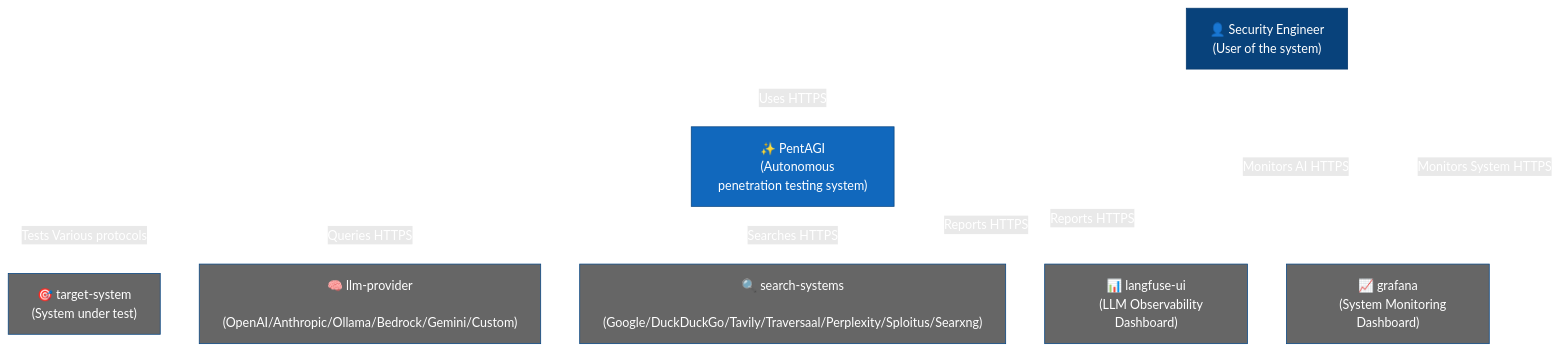
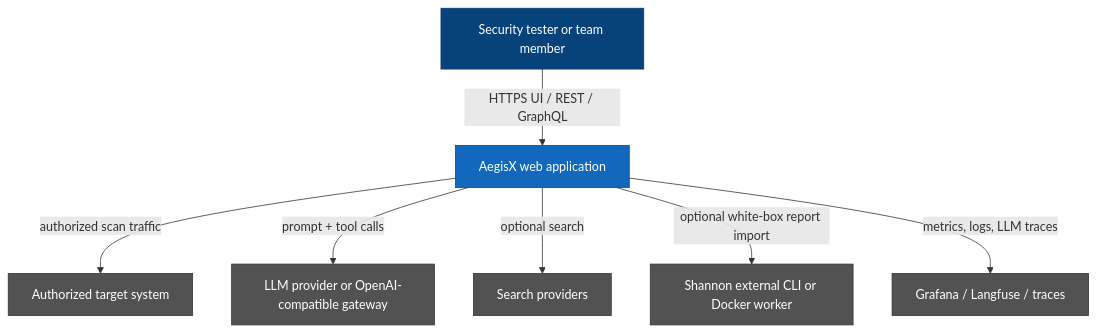
The first of 2 diagrams in README.md (2026OpenSourceSW/AegisX), drawn with Mermaid before and after one commit. The commit also changed other lines of this file, not shown here.

First line of the commit message:
docs(readme): align README with AegisX project scope

````diff
--- a/README.md
+++ b/README.md
@@ -90,38 +97,25 @@
 ```mermaid
 flowchart TB
-    classDef person fill:#08427B,stroke:#073B6F,color:#fff
-    classDef system fill:#1168BD,stroke:#0B4884,color:#fff
-    classDef external fill:#666666,stroke:#0B4884,color:#fff
+    classDef user fill:#08427b,stroke:#073b6f,color:#fff
+    classDef aegis fill:#1168bd,stroke:#0b4884,color:#fff
+    classDef external fill:#525252,stroke:#333,color:#fff
 
-    pentester["👤 Security Engineer
-    (User of the system)"]
+    user["Security tester or team member"]
+    aegisx["AegisX web application"]
+    target["Authorized target system"]
+    llm["LLM provider or OpenAI-compatible gateway"]
+    search["Search providers"]
+    shannon["Shannon external CLI or Docker worker"]
+    observability["Grafana / Langfuse / traces"]
 
-    pentagi["✨ PentAGI
-    (Autonomous penetration testing system)"]
+    user -->|"HTTPS UI / REST / GraphQL"| aegisx
+    aegisx -->|"authorized scan traffic"| target
+    aegisx -->|"prompt + tool calls"| llm
+    aegisx -->|"optional search"| search
+    aegisx -->|"optional white-box report import"| shannon
+    aegisx -->|"metrics, logs, LLM traces"| observability
 
-    target["🎯 target-system
-    (System under test)"]
-    llm["🧠 llm-provider
-    (OpenAI/Anthropic/Ollama/Bedrock/Gemini/Custom)"]
-    search["🔍 search-systems
-    (Google/DuckDuckGo/Tavily/Traversaal/Perplexity/Sploitus/Searxng)"]
-    langfuse["📊 langfuse-ui
-    (LLM Observability Dashboard)"]
-    grafana["📈 grafana
-    (System Monitoring Dashboard)"]
-
-    pentester --> |Uses HTTPS| pentagi
-    pentester --> |Monitors AI HTTPS| langfuse
-    pentester --> |Monitors System HTTPS| grafana
-    pentagi --> |Tests Various protocols| target
-    pentagi --> |Queries HTTPS| llm
-    pentagi --> |Searches HTTPS| search
-    pentagi --> |Reports HTTPS| langfuse
-    pentagi --> |Reports HTTPS| grafana
-
-    class pentester person
-    class pentagi system
-    class target,llm,search,langfuse,grafana external
-
-    linkStyle default stroke:#ffffff,color:#ffffff
+    class user user
+    class aegisx aegis
+    class target,llm,search,shannon,observability external
 ```
````
